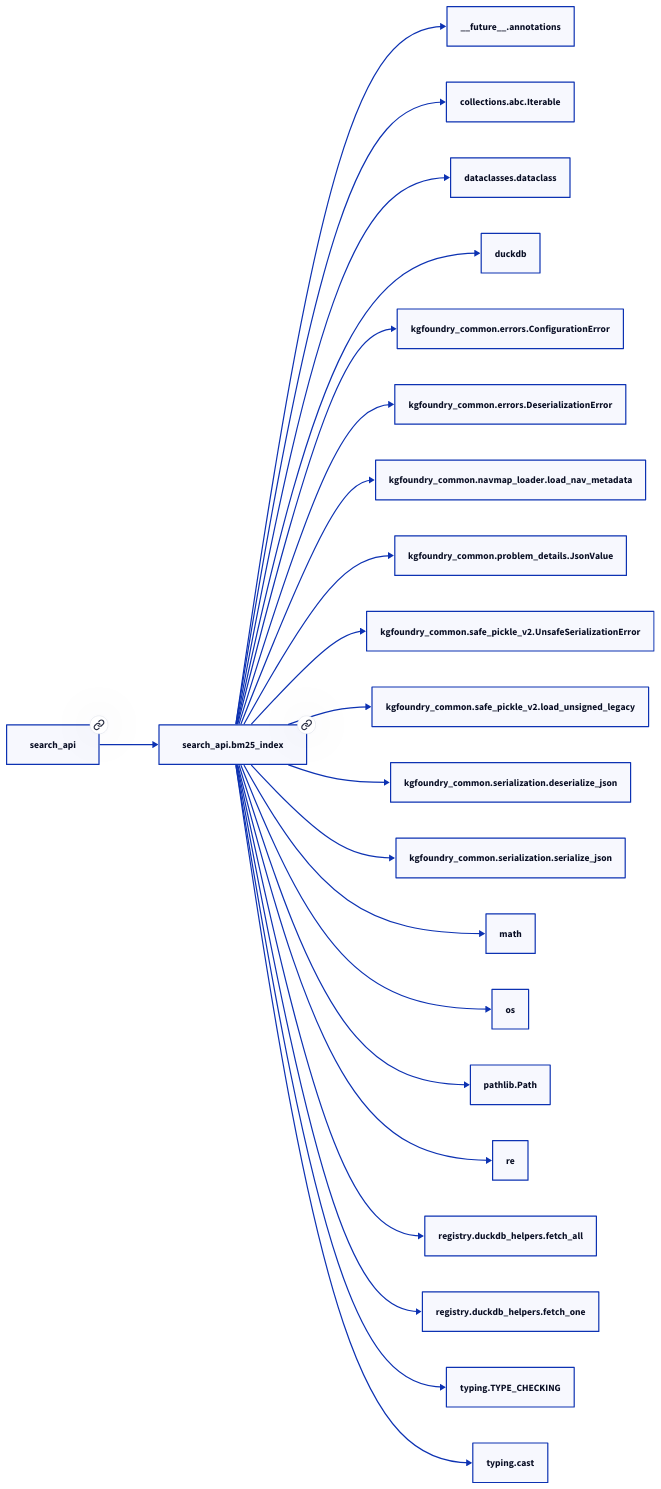
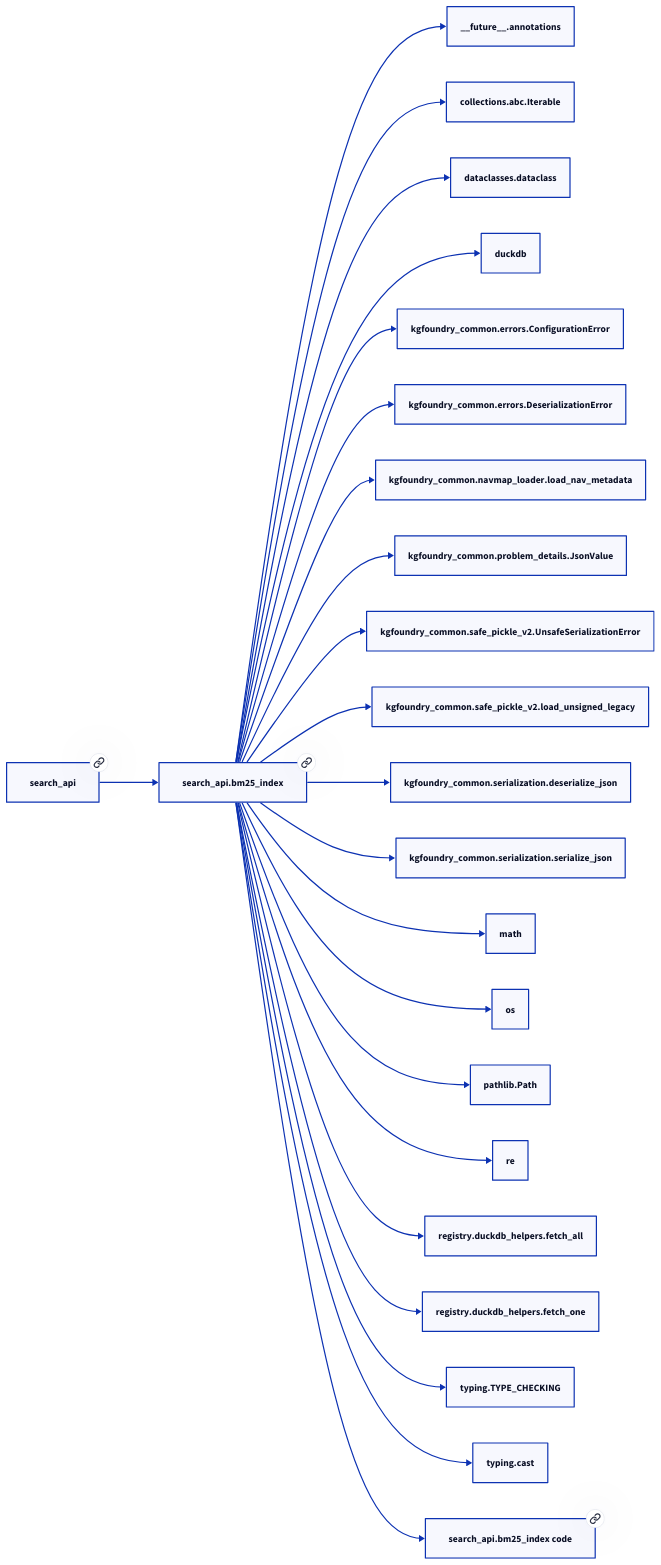
The second of 2 diagrams in docs/modules/search_api/bm25_index.md (paul-heyse/kgforge), drawn with D2 before and after one commit. The commit also changed other lines of this file and 319 other files, not shown here.

````diff
--- a/docs/modules/search_api/bm25_index.md
+++ b/docs/modules/search_api/bm25_index.md
@@ -55,46 +57,48 @@
 ```d2
 direction: right
-"search_api.bm25_index": "search_api.bm25_index" { link: "bm25_index.md" }
+"search_api.bm25_index": "search_api.bm25_index" { link: "./search_api/bm25_index.md" }
 "__future__.annotations": "__future__.annotations"
 "search_api.bm25_index" -> "__future__.annotations"
 "collections.abc.Iterable": "collections.abc.Iterable"
 "search_api.bm25_index" -> "collections.abc.Iterable"
 "dataclasses.dataclass": "dataclasses.dataclass"
 "search_api.bm25_index" -> "dataclasses.dataclass"
 "duckdb": "duckdb"
 "search_api.bm25_index" -> "duckdb"
 "kgfoundry_common.errors.ConfigurationError": "kgfoundry_common.errors.ConfigurationError"
 "search_api.bm25_index" -> "kgfoundry_common.errors.ConfigurationError"
 "kgfoundry_common.errors.DeserializationError": "kgfoundry_common.errors.DeserializationError"
 "search_api.bm25_index" -> "kgfoundry_common.errors.DeserializationError"
 "kgfoundry_common.navmap_loader.load_nav_metadata": "kgfoundry_common.navmap_loader.load_nav_metadata"
 "search_api.bm25_index" -> "kgfoundry_common.navmap_loader.load_nav_metadata"
 "kgfoundry_common.problem_details.JsonValue": "kgfoundry_common.problem_details.JsonValue"
 "search_api.bm25_index" -> "kgfoundry_common.problem_details.JsonValue"
 "kgfoundry_common.safe_pickle_v2.UnsafeSerializationError": "kgfoundry_common.safe_pickle_v2.UnsafeSerializationError"
 "search_api.bm25_index" -> "kgfoundry_common.safe_pickle_v2.UnsafeSerializationError"
 "kgfoundry_common.safe_pickle_v2.load_unsigned_legacy": "kgfoundry_common.safe_pickle_v2.load_unsigned_legacy"
 "search_api.bm25_index" -> "kgfoundry_common.safe_pickle_v2.load_unsigned_legacy"
 "kgfoundry_common.serialization.deserialize_json": "kgfoundry_common.serialization.deserialize_json"
 "search_api.bm25_index" -> "kgfoundry_common.serialization.deserialize_json"
 "kgfoundry_common.serialization.serialize_json": "kgfoundry_common.serialization.serialize_json"
 "search_api.bm25_index" -> "kgfoundry_common.serialization.serialize_json"
 "math": "math"
 "search_api.bm25_index" -> "math"
 "os": "os"
 "search_api.bm25_index" -> "os"
 "pathlib.Path": "pathlib.Path"
 "search_api.bm25_index" -> "pathlib.Path"
 "re": "re"
 "search_api.bm25_index" -> "re"
 "registry.duckdb_helpers.fetch_all": "registry.duckdb_helpers.fetch_all"
 "search_api.bm25_index" -> "registry.duckdb_helpers.fetch_all"
 "registry.duckdb_helpers.fetch_one": "registry.duckdb_helpers.fetch_one"
 "search_api.bm25_index" -> "registry.duckdb_helpers.fetch_one"
 "typing.TYPE_CHECKING": "typing.TYPE_CHECKING"
 "search_api.bm25_index" -> "typing.TYPE_CHECKING"
 "typing.cast": "typing.cast"
 "search_api.bm25_index" -> "typing.cast"
-"search_api": "search_api" { link: "../search_api.md" }
+"search_api": "search_api" { link: "./search_api.md" }
 "search_api" -> "search_api.bm25_index"
+"search_api.bm25_index_code": "search_api.bm25_index code" { link: "https://github.com/kgfoundry/kgfoundry/blob/main/src/search_api/bm25_index.py" }
+"search_api.bm25_index" -> "search_api.bm25_index_code" { style: dashed }
 ```
````
